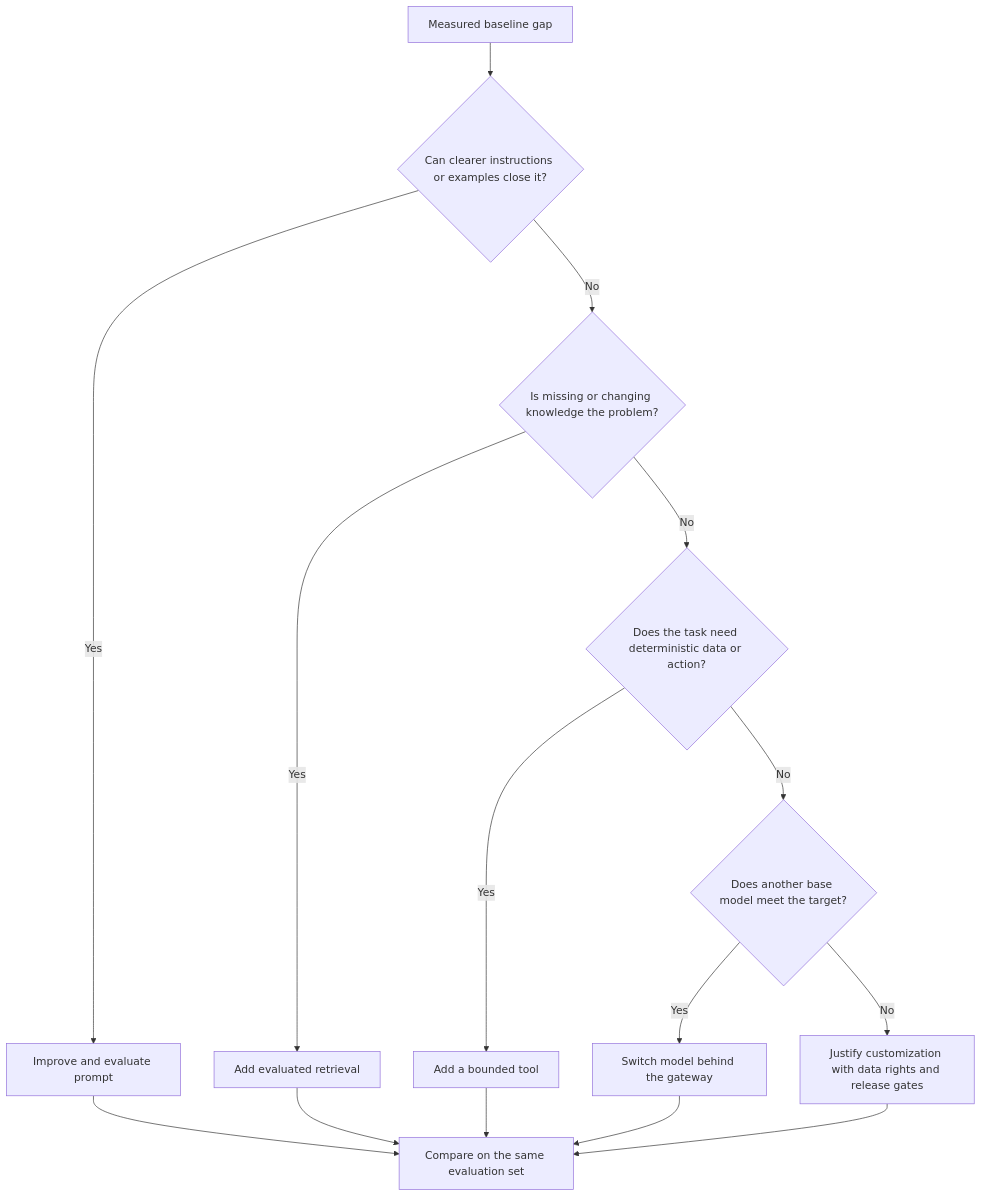
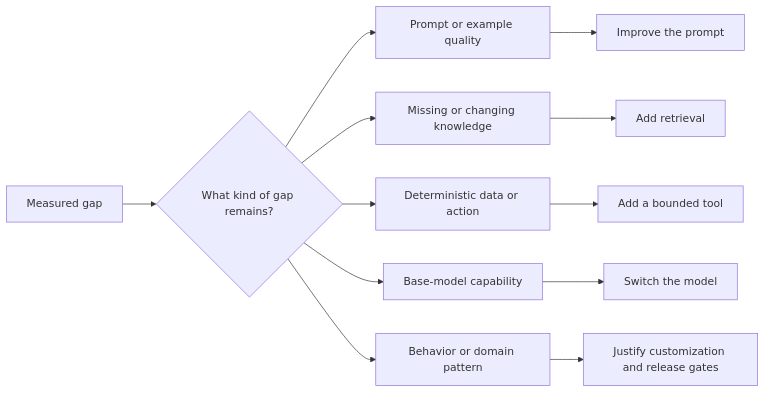
Before and after one commit to TP-Coder-Innovation-Hub/ai-platform-engineering: the first of 2 diagrams in 15-model-customization/README.md, drawn with Mermaid.

Commit message:
fix model customization decision diagram

````diff
--- a/15-model-customization/README.md
+++ b/15-model-customization/README.md
@@ -16,17 +16,14 @@
 ```mermaid
-flowchart TD
-    B[Measured baseline gap] --> P{Can clearer instructions or examples close it?}
-    P -- Yes --> PR[Improve and evaluate prompt]
-    P -- No --> K{Is missing or changing knowledge the problem?}
-    K -- Yes --> R[Add evaluated retrieval]
-    K -- No --> T{Does the task need deterministic data or action?}
-    T -- Yes --> O[Add a bounded tool]
-    T -- No --> M{Does another base model meet the target?}
-    M -- Yes --> S[Switch model behind the gateway]
-    M -- No --> F[Justify customization with data rights and release gates]
-    PR --> E[Compare on the same evaluation set]
-    R --> E
-    O --> E
-    S --> E
-    F --> E
+flowchart LR
+    B[Measured gap] --> G{What kind of gap remains?}
+    G --> P[Prompt or example quality]
+    G --> K[Missing or changing knowledge]
+    G --> T[Deterministic data or action]
+    G --> M[Base-model capability]
+    G --> F[Behavior or domain pattern]
+    P --> PR[Improve the prompt]
+    K --> R[Add retrieval]
+    T --> O[Add a bounded tool]
+    M --> S[Switch the model]
+    F --> FT[Justify customization and release gates]
 ```
````
